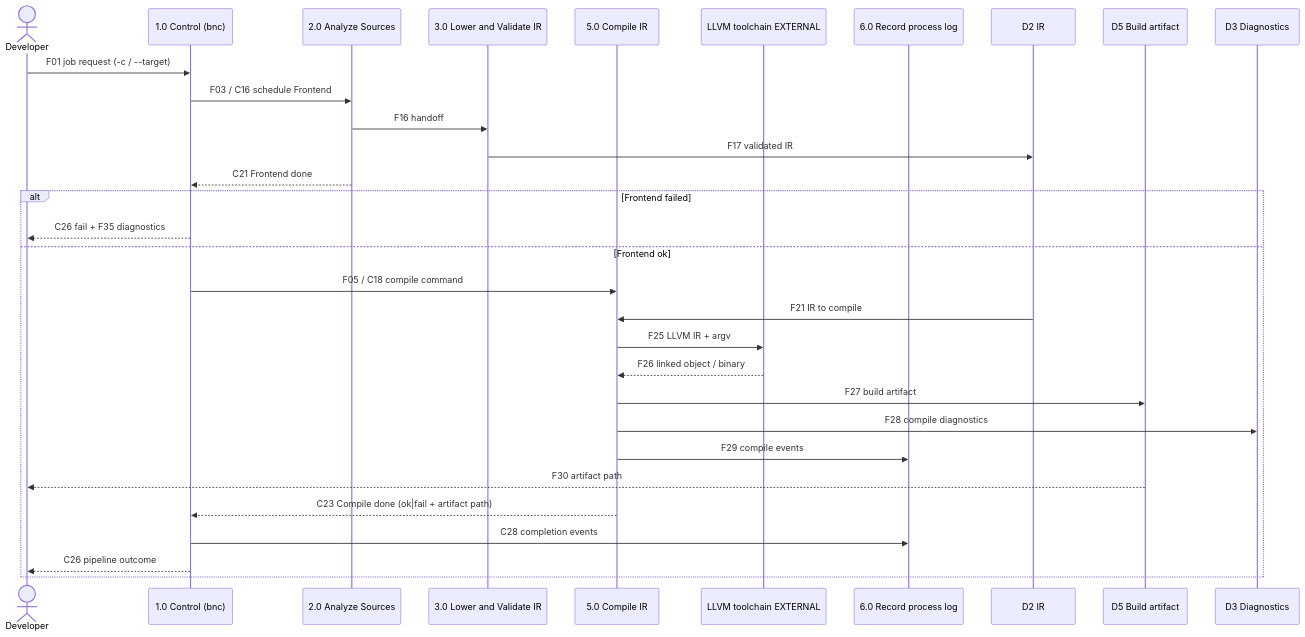
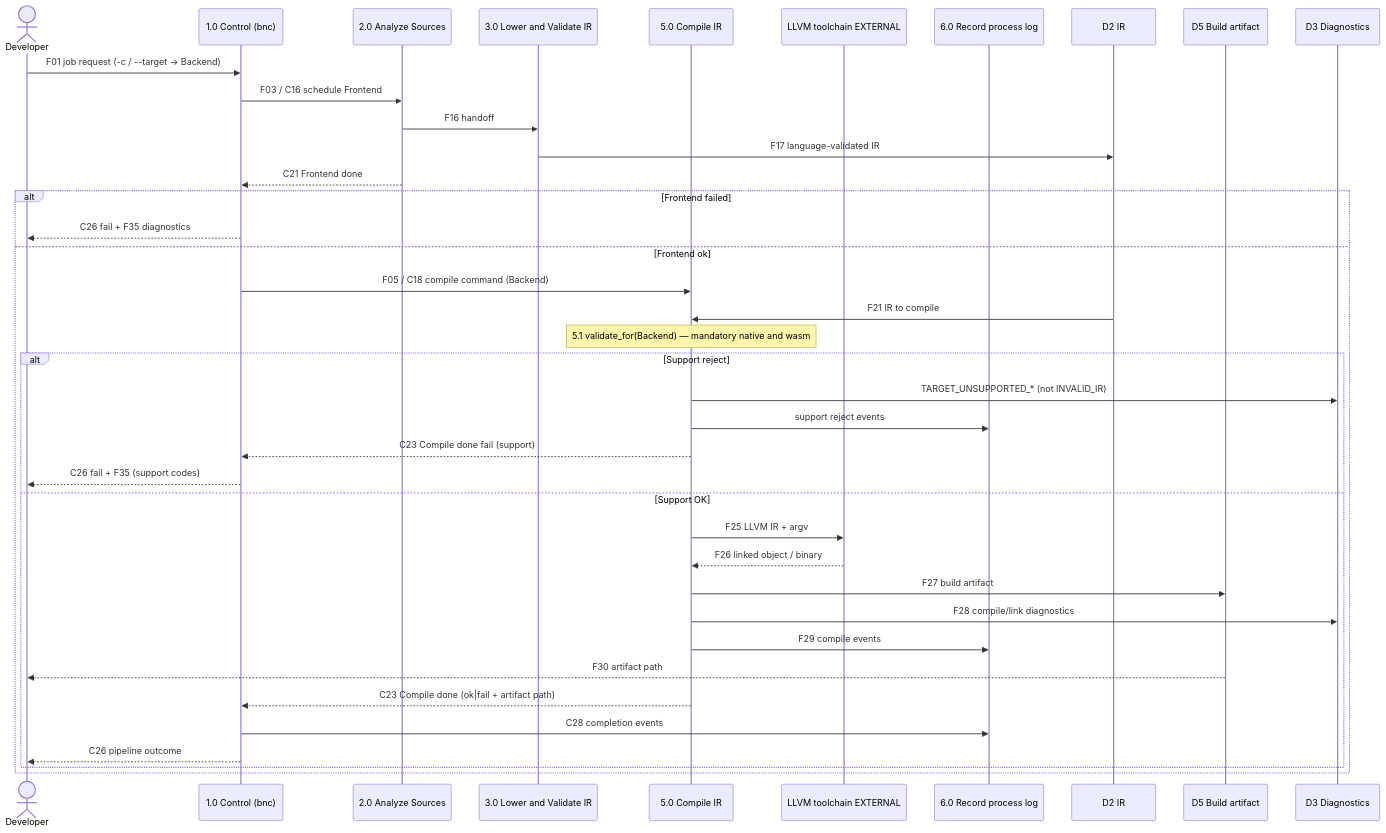
The third of 5 diagrams in docs/architecture/sequences.md (cquintella/BasicNext), drawn with Mermaid before and after one commit. The commit also changed other lines of this file and 261 other files, not shown here.

````diff
--- a/docs/architecture/sequences.md
+++ b/docs/architecture/sequences.md
@@ -125,34 +127,42 @@
 ```mermaid
 sequenceDiagram
   actor Dev as Developer
   participant C as 1.0 Control (bnc)
   participant A as 2.0 Analyze Sources
   participant L as 3.0 Lower and Validate IR
   participant G as 5.0 Compile IR
   participant Ext as LLVM toolchain EXTERNAL
   participant Log as 6.0 Record process log
   participant D2 as D2 IR
   participant D5 as D5 Build artifact
   participant D3 as D3 Diagnostics
 
-  Dev->>C: F01 job request (-c / --target)
+  Dev->>C: F01 job request (-c / --target → Backend)
   C->>A: F03 / C16 schedule Frontend
   A->>L: F16 handoff
-  L->>D2: F17 validated IR
+  L->>D2: F17 language-validated IR
   A-->>C: C21 Frontend done
   alt Frontend failed
     C-->>Dev: C26 fail + F35 diagnostics
   else Frontend ok
-    C->>G: F05 / C18 compile command
+    C->>G: F05 / C18 compile command (Backend)
     D2->>G: F21 IR to compile
-    G->>Ext: F25 LLVM IR + argv
-    Ext-->>G: F26 linked object / binary
-    G->>D5: F27 build artifact
-    G->>D3: F28 compile diagnostics
-    G->>Log: F29 compile events
-    D5-->>Dev: F30 artifact path
-    G-->>C: C23 Compile done (ok|fail + artifact path)
-    C->>Log: C28 completion events
-    C-->>Dev: C26 pipeline outcome
+    Note over G: 5.1 validate_for(Backend) — mandatory native and wasm
+    alt Support reject
+      G->>D3: TARGET_UNSUPPORTED_* (not INVALID_IR)
+      G->>Log: support reject events
+      G-->>C: C23 Compile done fail (support)
+      C-->>Dev: C26 fail + F35 (support codes)
+    else Support OK
+      G->>Ext: F25 LLVM IR + argv
+      Ext-->>G: F26 linked object / binary
+      G->>D5: F27 build artifact
+      G->>D3: F28 compile/link diagnostics
+      G->>Log: F29 compile events
+      D5-->>Dev: F30 artifact path
+      G-->>C: C23 Compile done (ok|fail + artifact path)
+      C->>Log: C28 completion events
+      C-->>Dev: C26 pipeline outcome
+    end
   end
 ```
````
